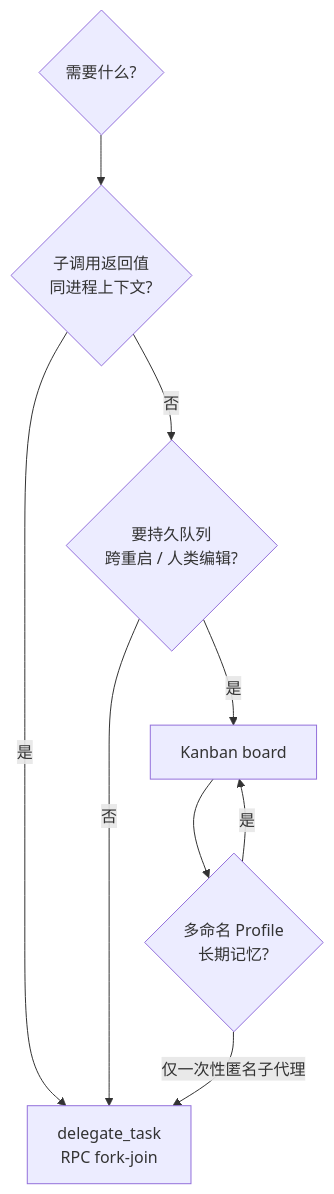
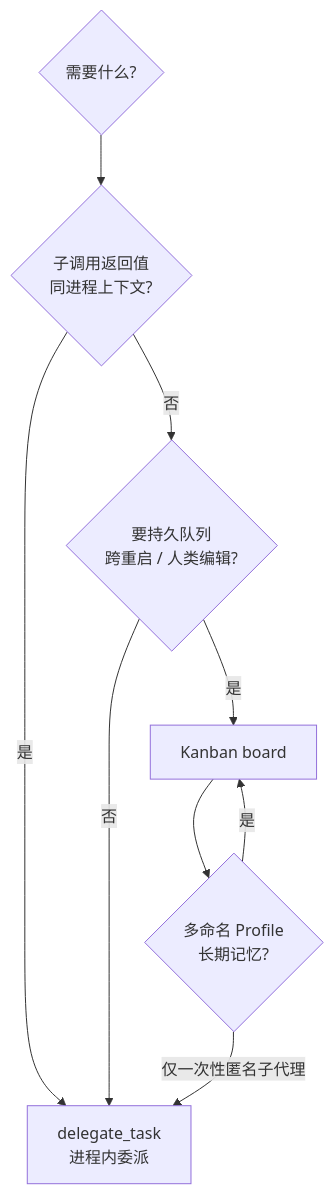
The ninth of 9 diagrams in hermes/docs/archive/legacy/KANBAN_MULTIAGENT_DEEP_ANALYSIS.md (themass/agent-docs), drawn with Mermaid before and after one commit. The commit also changed other lines of this file and 508 other files, not shown here.

````diff
--- a/hermes/docs/archive/legacy/KANBAN_MULTIAGENT_DEEP_ANALYSIS.md
+++ b/hermes/docs/archive/legacy/KANBAN_MULTIAGENT_DEEP_ANALYSIS.md
@@ -516,11 +681,11 @@
 ```mermaid
 flowchart TD
   Q{需要什么?} --> A{子调用返回值<br/>同进程上下文?}
-  A -->|是| Del[delegate_task<br/>RPC fork-join]
+  A -->|是| Del[delegate_task<br/>进程内委派]
   A -->|否| B{要持久队列<br/>跨重启 / 人类编辑?}
   B -->|是| Kan[Kanban board]
   B -->|否| Del
   Kan --> C{多命名 Profile<br/>长期记忆?}
   C -->|是| Kan
   C -->|仅一次性匿名子代理| Del
 ```
````
